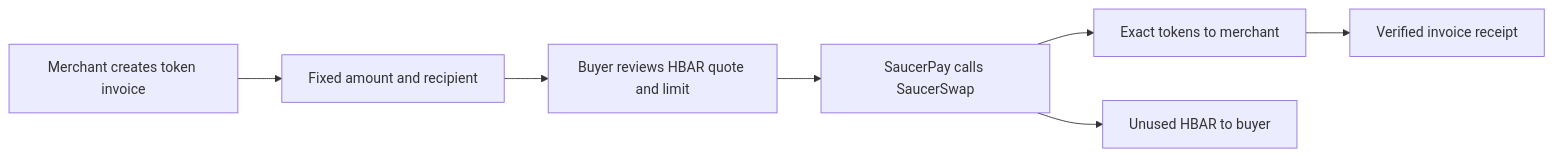
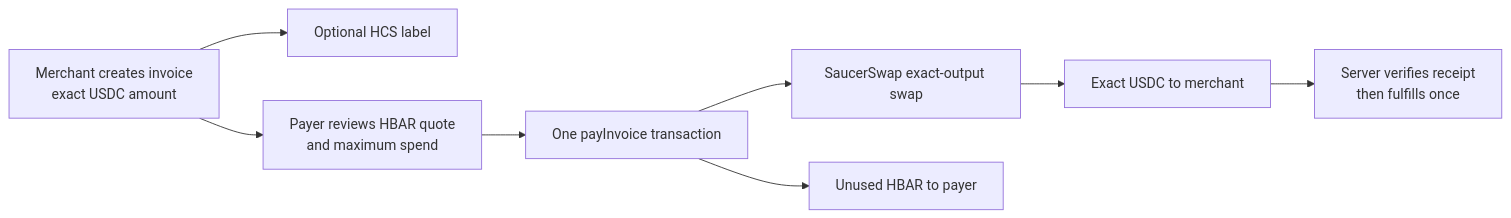
The diagram in README.md (STOOOKEEE/hbar-checkout), drawn with Mermaid before and after one commit. The commit also changed other lines of this file and 36 other files, not shown here.

First line of the commit message:
Add HCS invoice log, drop-in payment component and server verification

````diff
--- a/README.md
+++ b/README.md
@@ -59,9 +91,10 @@
 ```mermaid
 flowchart LR
-    M[Merchant creates token invoice] --> I[Fixed amount and recipient]
-    I --> Q[Buyer reviews HBAR quote and limit]
-    Q --> C[SaucerPay calls SaucerSwap]
-    C --> T[Exact tokens to merchant]
-    C --> R[Unused HBAR to buyer]
-    T --> P[Verified invoice receipt]
+    M[Merchant creates invoice<br/>exact USDC amount] --> L[Optional HCS label]
+    M --> Q[Payer reviews HBAR quote<br/>and maximum spend]
+    Q --> C[One payInvoice transaction]
+    C --> S[SaucerSwap exact-output swap]
+    S --> T[Exact USDC to merchant]
+    C --> R[Unused HBAR to payer]
+    T --> V[Server verifies receipt<br/>then fulfills once]
 ```
````
